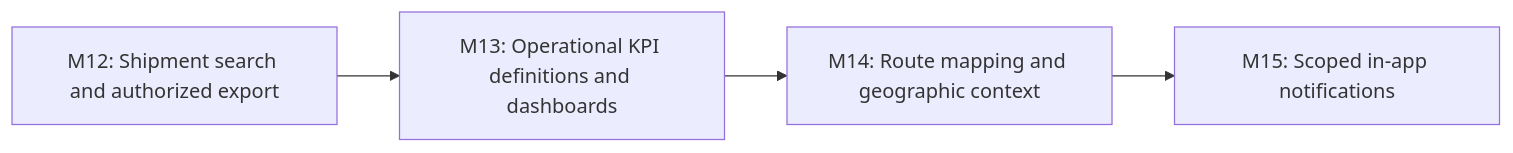
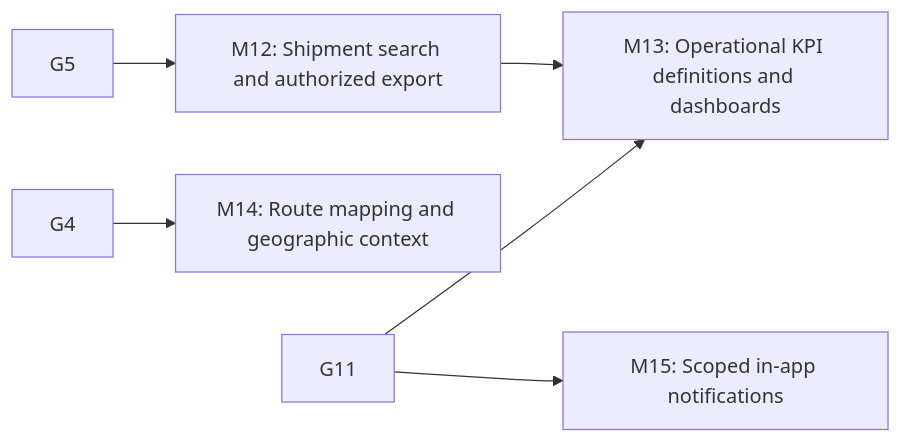
One commit to ekamal22/HarborOps-Enterprise-Maritime-Logistics-IT-Operations-Platform changed the fourth of 32 diagrams in docs/EXECUTION_GRAPH.md. Above: the diagram before and after it, drawn with Mermaid. The commit also changed other lines of this file and 2 other files, not shown here.

````diff
--- a/docs/EXECUTION_GRAPH.md
+++ b/docs/EXECUTION_GRAPH.md
@@ -71,8 +141,12 @@
 ```mermaid
 flowchart LR
   G12["M12: Shipment search and authorized export"]
   G13["M13: Operational KPI definitions and dashboards"]
   G14["M14: Route mapping and geographic context"]
   G15["M15: Scoped in-app notifications"]
-  G12 --> G13 --> G14 --> G15
+  G5 --> G12
+  G11 --> G13
+  G12 --> G13
+  G4 --> G14
+  G11 --> G15
 ```
````
